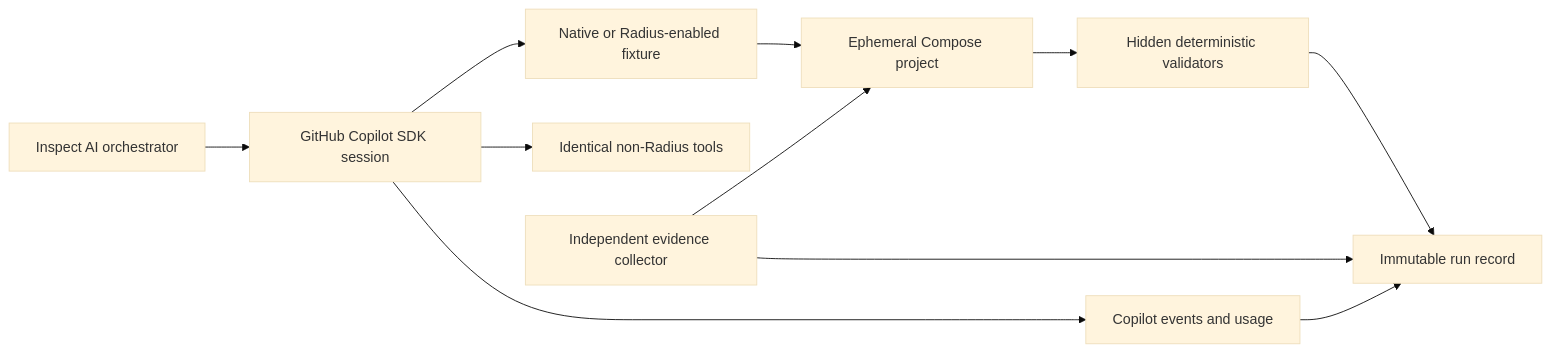
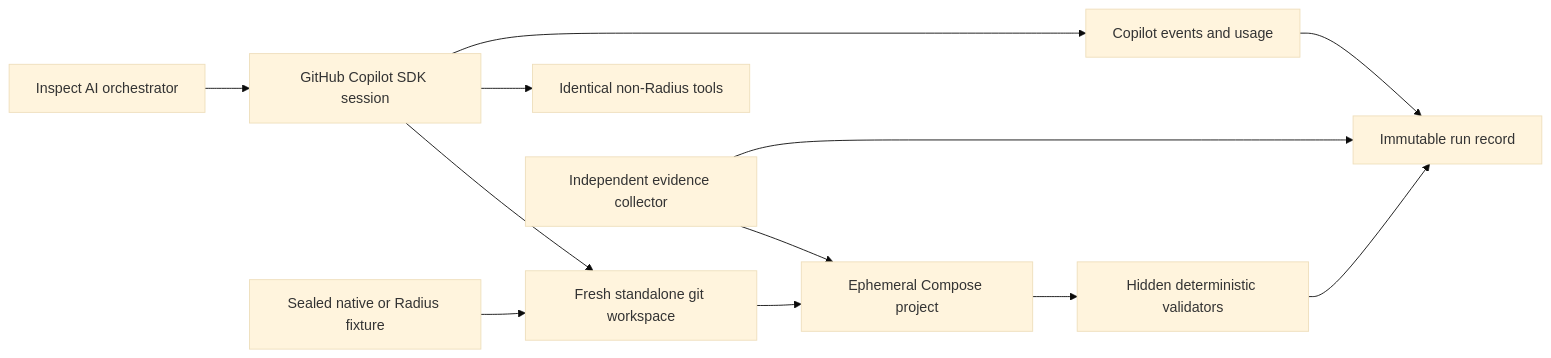
Before and after one commit to ryanwaite/radius-performance-demo: the diagram in docs/specs/copilot-radius-experiment-plan.md, drawn with Mermaid (base theme). The commit also changed other lines of this file and 1 other file, not shown here.

First line of the commit message:
Define benchmark workspace isolation

````diff
--- a/docs/specs/copilot-radius-experiment-plan.md
+++ b/docs/specs/copilot-radius-experiment-plan.md
@@ -109,13 +109,14 @@
 ```mermaid
 flowchart LR
     Inspect[Inspect AI orchestrator] --> SDK[GitHub Copilot SDK session]
-    SDK --> Fixture[Native or Radius-enabled fixture]
+    Fixture[Sealed native or Radius fixture] --> Workspace[Fresh standalone git workspace]
+    SDK --> Workspace
     SDK --> Tools[Identical non-Radius tools]
-    Fixture --> Env[Ephemeral Compose project]
+    Workspace --> Env[Ephemeral Compose project]
     Collector[Independent evidence collector] --> Env
     Env --> Validators[Hidden deterministic validators]
     SDK --> Events[Copilot events and usage]
     Collector --> Record[Immutable run record]
     Validators --> Record
     Events --> Record
 ```
````
